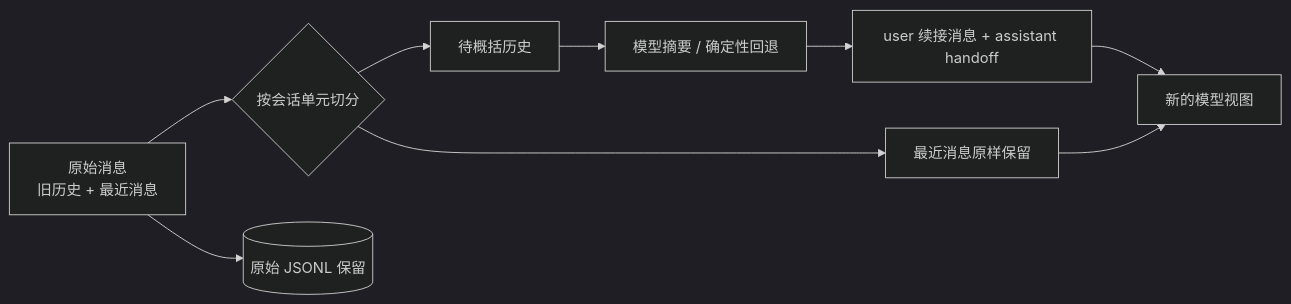
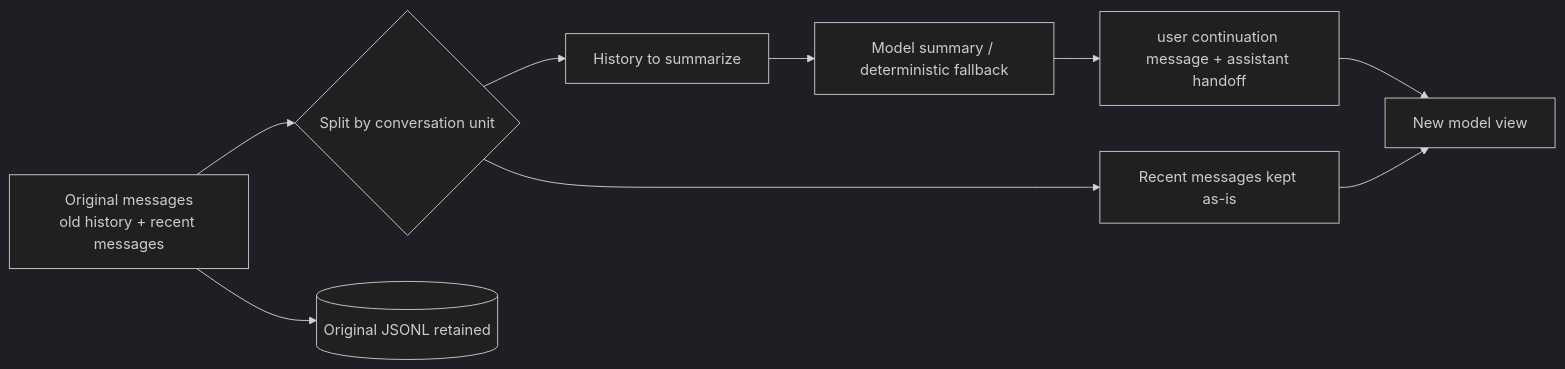
One commit to Azzurroooo/rind changed the diagram in docs/internals/02-context/compaction-handoff.md. Above: the diagram before and after it, drawn with Mermaid (dark theme). The commit also changed other lines of this file and 109 other files, not shown here.

```diff
--- a/docs/internals/02-context/compaction-handoff.md
+++ b/docs/internals/02-context/compaction-handoff.md
@@ -5,11 +7,11 @@
 ~~~mermaid
 flowchart LR
-    RAW["原始消息<br/>旧历史 + 最近消息"] --> CUT{"按会话单元切分"}
-    CUT --> OLD["待概括历史"]
-    CUT --> RECENT["最近消息原样保留"]
-    OLD --> SUMMARY["模型摘要 / 确定性回退"]
-    SUMMARY --> PAIR["user 续接消息 + assistant handoff"]
-    PAIR --> VIEW["新的模型视图"]
+    RAW["Original messages<br/>old history + recent messages"] --> CUT{"Split by conversation unit"}
+    CUT --> OLD["History to summarize"]
+    CUT --> RECENT["Recent messages kept as-is"]
+    OLD --> SUMMARY["Model summary / deterministic fallback"]
+    SUMMARY --> PAIR["user continuation message + assistant handoff"]
+    PAIR --> VIEW["New model view"]
     RECENT --> VIEW
-    RAW --> DISK[("原始 JSONL 保留")]
+    RAW --> DISK[("Original JSONL retained")]
 ~~~
```
